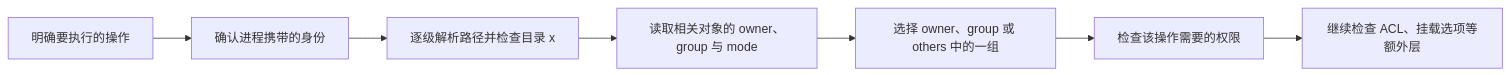
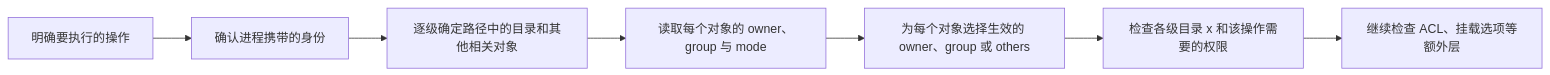
One commit to codeExpert666/Backend-Developer-Skills changed the diagram in Linux/基础知识/Linux 用户、用户组、sudo 与文件权限.md. Above: the diagram before and after it, drawn with Mermaid. The commit also changed other lines of this file and 1 other file, not shown here.

````diff
--- a/Linux/基础知识/Linux 用户、用户组、sudo 与文件权限.md
+++ b/Linux/基础知识/Linux 用户、用户组、sudo 与文件权限.md
@@ -48,9 +55,9 @@
 ```mermaid
 flowchart LR
     A["明确要执行的操作"] --> B["确认进程携带的身份"]
-    B --> C["逐级解析路径并检查目录 x"]
-    C --> D["读取相关对象的 owner、group 与 mode"]
-    D --> E["选择 owner、group 或 others 中的一组"]
-    E --> F["检查该操作需要的权限"]
+    B --> C["逐级确定路径中的目录和其他相关对象"]
+    C --> D["读取每个对象的 owner、group 与 mode"]
+    D --> E["为每个对象选择生效的 owner、group 或 others"]
+    E --> F["检查各级目录 x 和该操作需要的权限"]
     F --> G["继续检查 ACL、挂载选项等额外层"]
 ```
````
